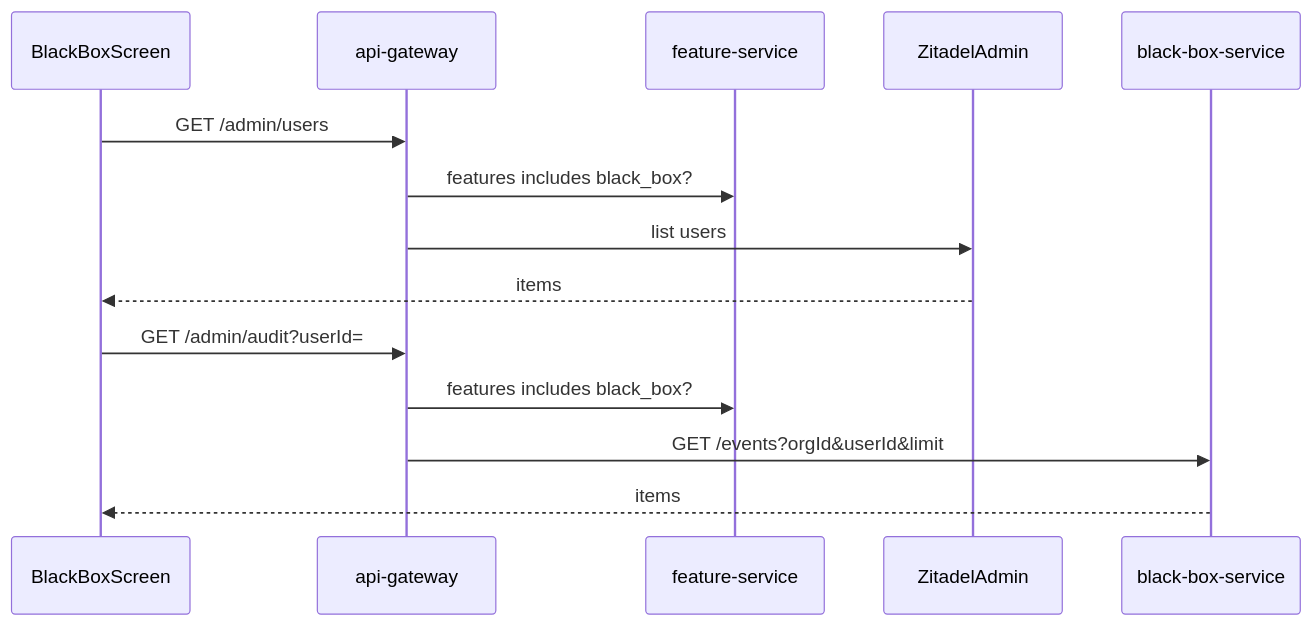
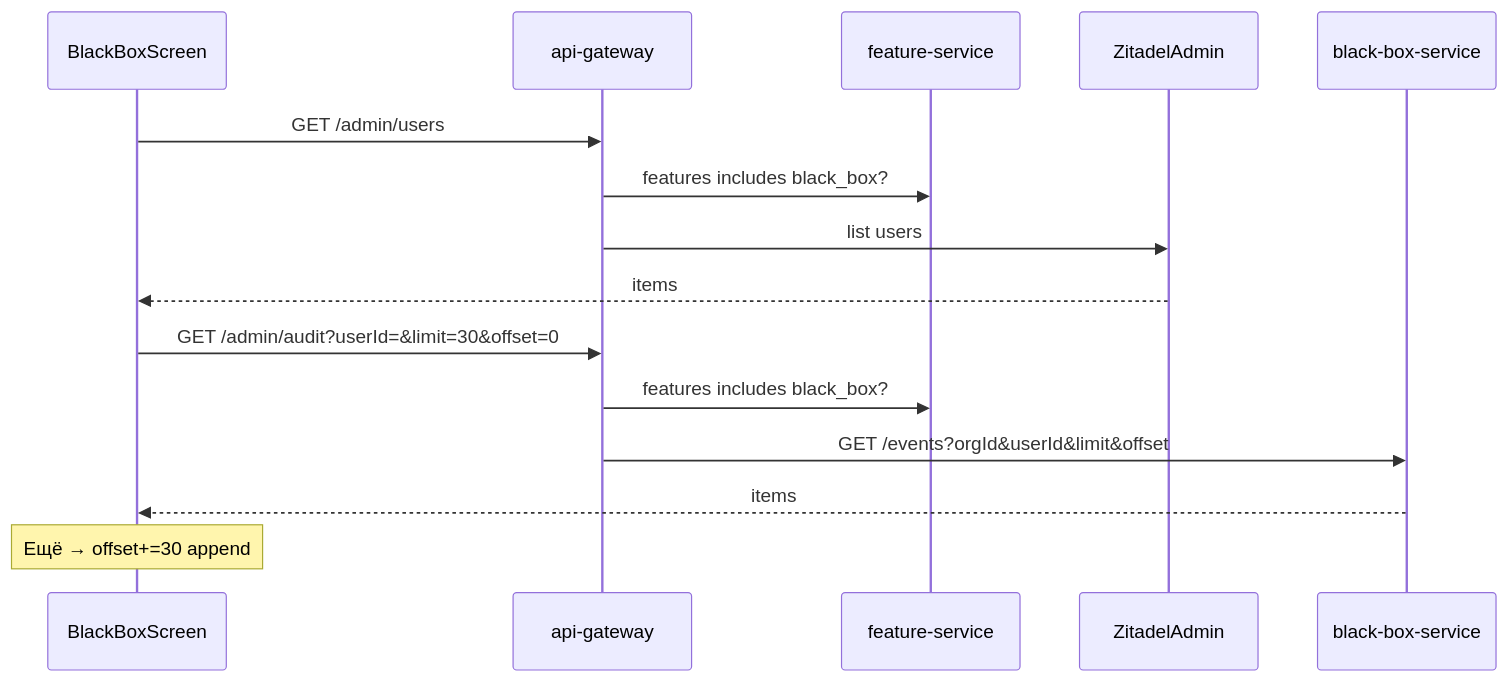
One commit to AntonButov/masterdoc changed the diagram in docs/superpowers/specs/2026-07-26-black-box-feature-design.md. Above: the diagram before and after it, drawn with Mermaid. The commit also changed other lines of this file, not shown here.

Commit message:
docs: paginate black_box journal newest-first with offset

````diff
--- a/docs/superpowers/specs/2026-07-26-black-box-feature-design.md
+++ b/docs/superpowers/specs/2026-07-26-black-box-feature-design.md
@@ -84,18 +93,19 @@
 ```mermaid
 sequenceDiagram
   participant UI as BlackBoxScreen
   participant GW as api-gateway
   participant FS as feature-service
   participant Users as ZitadelAdmin
   participant BB as black-box-service
 
   UI->>GW: GET /admin/users
   GW->>FS: features includes black_box?
   GW->>Users: list users
   Users-->>UI: items
 
-  UI->>GW: GET /admin/audit?userId=
+  UI->>GW: GET /admin/audit?userId=&limit=30&offset=0
   GW->>FS: features includes black_box?
-  GW->>BB: GET /events?orgId&userId&limit
+  GW->>BB: GET /events?orgId&userId&limit&offset
   BB-->>UI: items
+  Note over UI: Ещё → offset+=30 append
 ```
````
